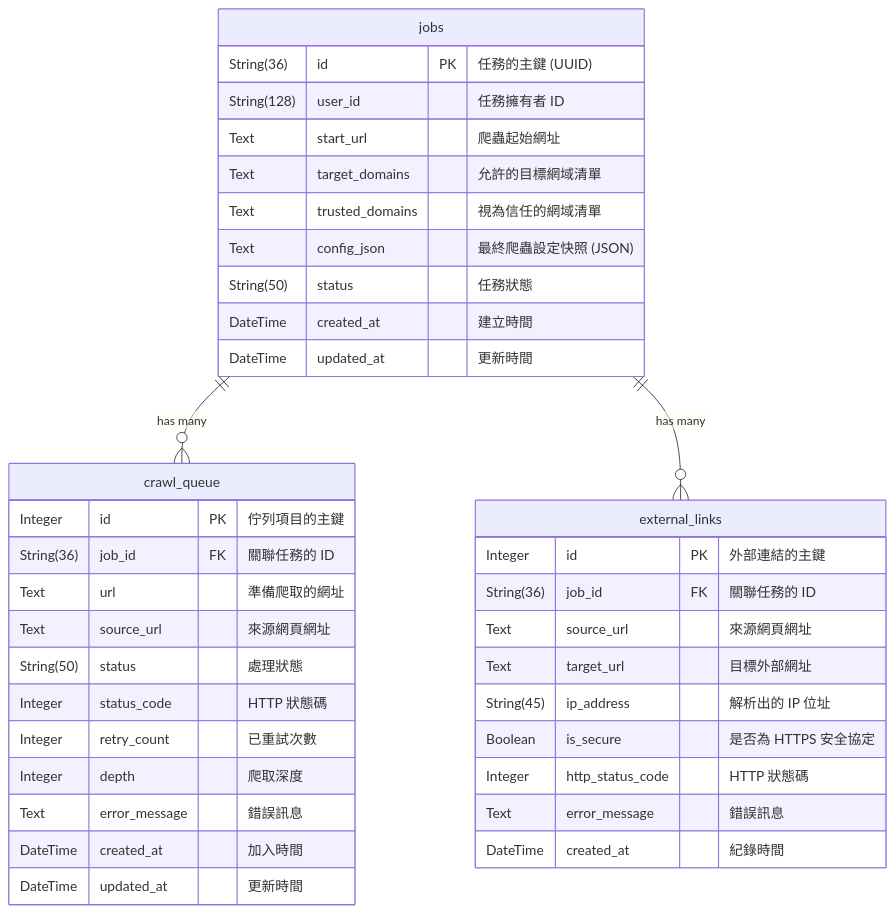
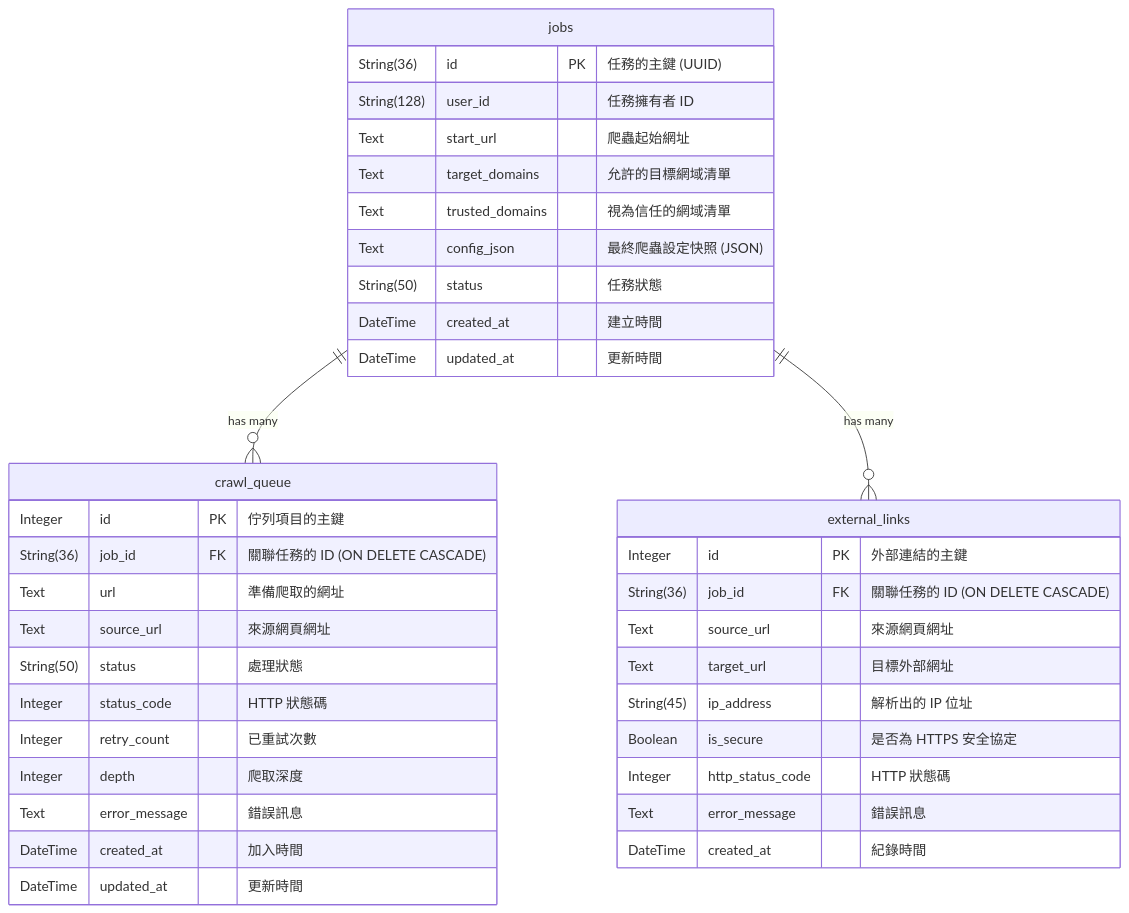
The second of 2 diagrams in doc/db_schema.md (mfhsieh/link-checker), drawn with Mermaid before and after one commit. The commit also changed other lines of this file and 2 other files, not shown here.

````diff
--- a/doc/db_schema.md
+++ b/doc/db_schema.md
@@ -151,43 +151,40 @@
 ```mermaid
 erDiagram
     jobs ||--o{ crawl_queue : "has many"
     jobs ||--o{ external_links : "has many"
-
     jobs {
         String(36) id PK "任務的主鍵 (UUID)"
         String(128) user_id "任務擁有者 ID"
         Text start_url "爬蟲起始網址"
         Text target_domains "允許的目標網域清單"
         Text trusted_domains "視為信任的網域清單"
         Text config_json "最終爬蟲設定快照 (JSON)"
         String(50) status "任務狀態"
         DateTime created_at "建立時間"
         DateTime updated_at "更新時間"
     }
-
     crawl_queue {
         Integer id PK "佇列項目的主鍵"
-        String(36) job_id FK "關聯任務的 ID"
+        String(36) job_id FK "關聯任務的 ID (ON DELETE CASCADE)"
         Text url "準備爬取的網址"
         Text source_url "來源網頁網址"
         String(50) status "處理狀態"
         Integer status_code "HTTP 狀態碼"
         Integer retry_count "已重試次數"
         Integer depth "爬取深度"
         Text error_message "錯誤訊息"
         DateTime created_at "加入時間"
         DateTime updated_at "更新時間"
     }
-
     external_links {
         Integer id PK "外部連結的主鍵"
-        String(36) job_id FK "關聯任務的 ID"
+        String(36) job_id FK "關聯任務的 ID (ON DELETE CASCADE)"
         Text source_url "來源網頁網址"
         Text target_url "目標外部網址"
         String(45) ip_address "解析出的 IP 位址"
         Boolean is_secure "是否為 HTTPS 安全協定"
         Integer http_status_code "HTTP 狀態碼"
         Text error_message "錯誤訊息"
         DateTime created_at "紀錄時間"
     }
 ```
````
